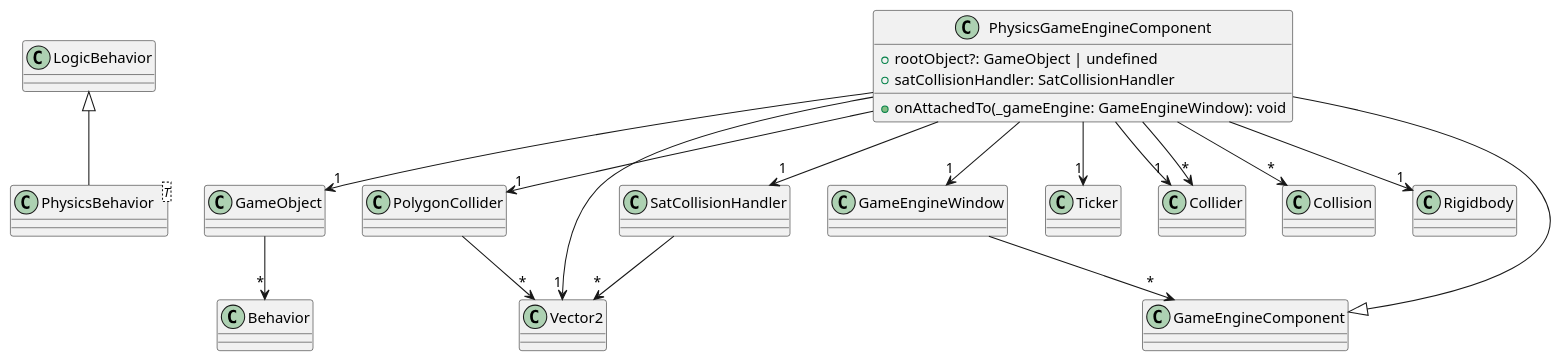
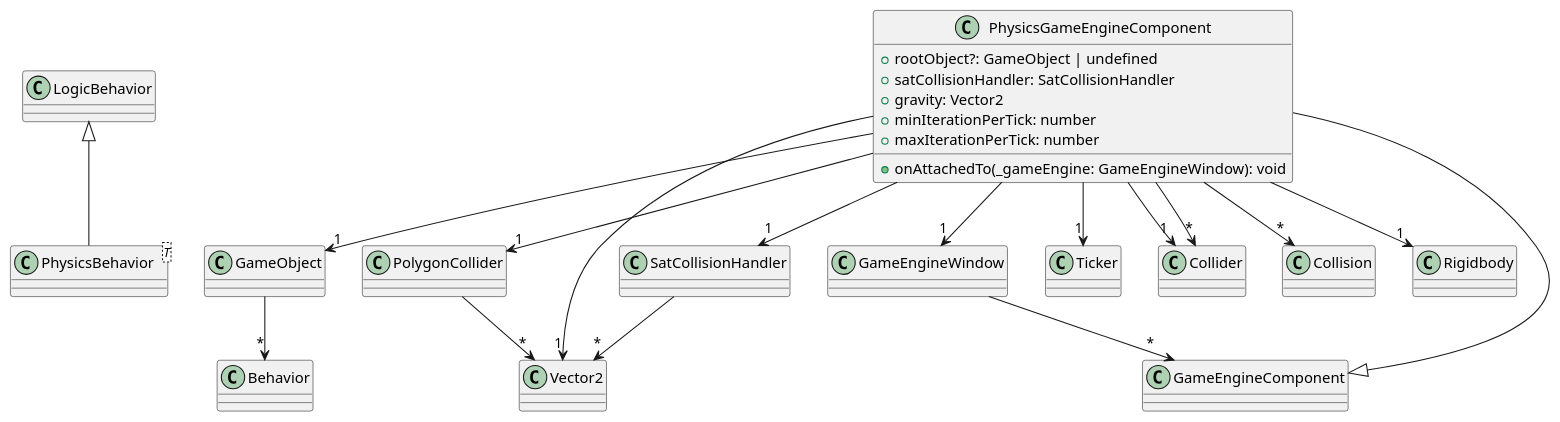
One commit to CPNV-ES/game-engine changed the diagram in doc/diagrams/Extensions_PhysicsEngine.puml. Above: the diagram before and after it, drawn with PlantUML. The commit also changed 1 other file, not shown here.

Commit message:
docs: add gravity and iteration properties to umls

```diff
--- a/doc/diagrams/Extensions_PhysicsEngine.puml
+++ b/doc/diagrams/Extensions_PhysicsEngine.puml
@@ -1,22 +1,25 @@
 @startuml
 class PhysicsBehavior<T> extends LogicBehavior
 class PhysicsGameEngineComponent extends GameEngineComponent {
     +rootObject?: GameObject | undefined
     +satCollisionHandler: SatCollisionHandler
+    +gravity: Vector2
+    +minIterationPerTick: number
+    +maxIterationPerTick: number
     +onAttachedTo(_gameEngine: GameEngineWindow): void
 }
 GameEngineWindow --> "*" GameEngineComponent
 GameObject --> "*" Behavior
 PolygonCollider --> "*" Vector2
 SatCollisionHandler --> "*" Vector2
 PhysicsGameEngineComponent --> "1" GameObject
 PhysicsGameEngineComponent --> "1" SatCollisionHandler
 PhysicsGameEngineComponent --> "1" Ticker
 PhysicsGameEngineComponent --> "1" Collider
 PhysicsGameEngineComponent --> "*" Collision
 PhysicsGameEngineComponent --> "1" Vector2
 PhysicsGameEngineComponent --> "1" GameEngineWindow
 PhysicsGameEngineComponent --> "*" Collider
 PhysicsGameEngineComponent --> "1" PolygonCollider
 PhysicsGameEngineComponent --> "1" Rigidbody
 @enduml
```
